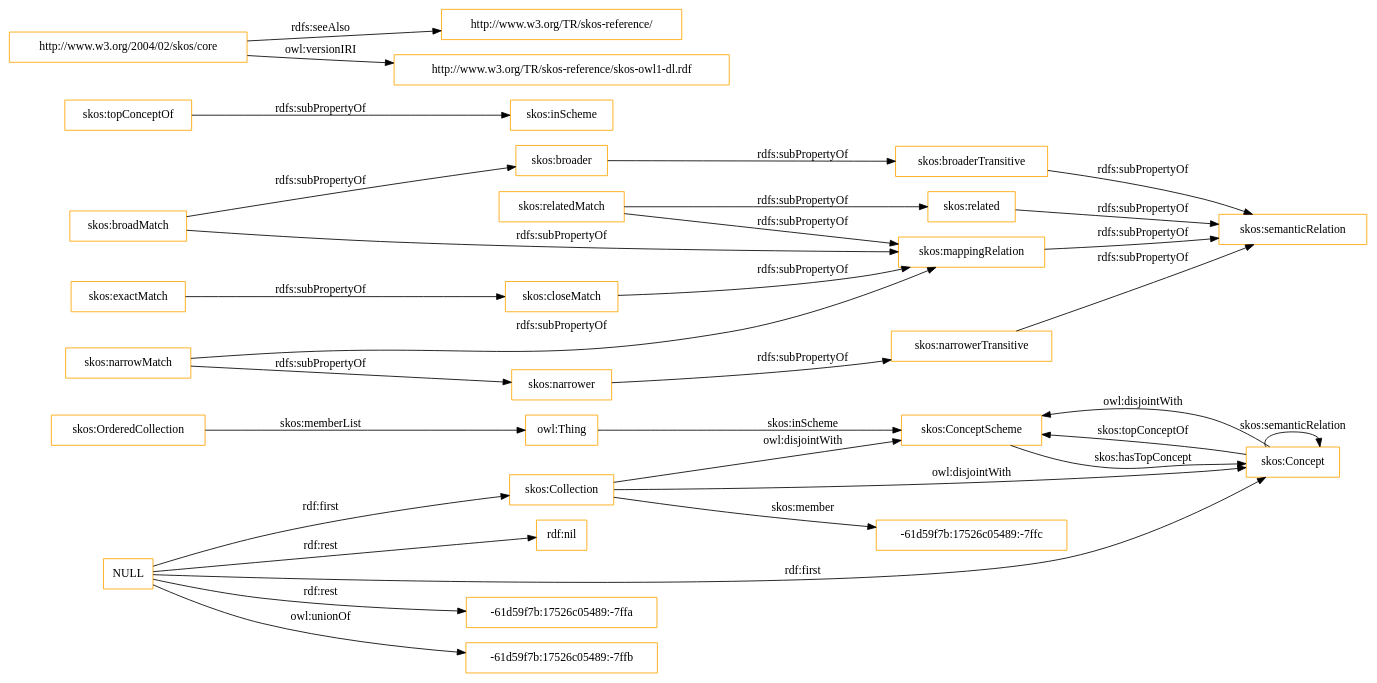
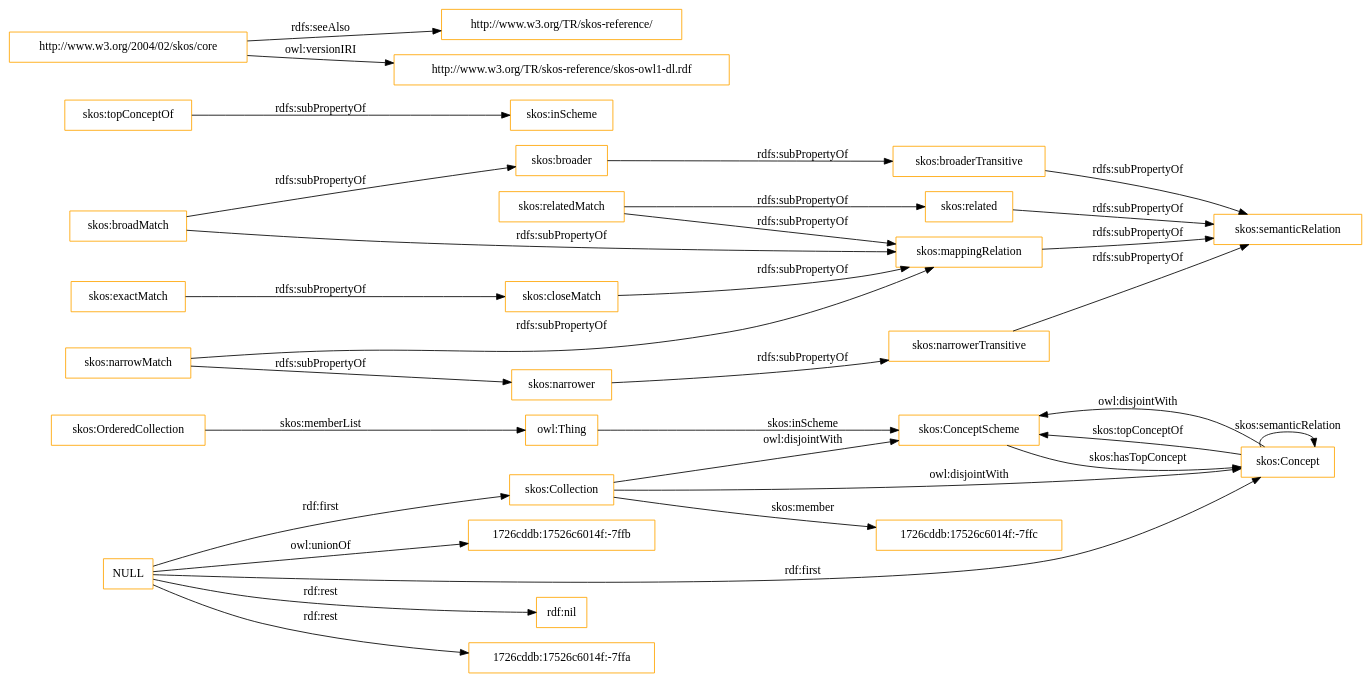
One commit to OnToologyUser/core-ontology-1 changed the diagram in OnToology/imports/skos.owl/diagrams/ar2dtool-class/skos.owl.png.dot. Above: the diagram before and after it, drawn with Graphviz. The commit also changed 14 other files, not shown here.

```diff
--- a/OnToology/imports/skos.owl/diagrams/ar2dtool-class/skos.owl.png.dot
+++ b/OnToology/imports/skos.owl/diagrams/ar2dtool-class/skos.owl.png.dot
@@ -1,37 +1,37 @@
 digraph ar2dtool_diagram { 
 rankdir=LR;
 size="1501"
-node [shape = rectangle, color="orange"]; "skos:OrderedCollection" "skos:ConceptScheme" "skos:Concept" "skos:Collection" "-61d59f7b:17526c05489:-7ffc" ; /*classes style*/
+node [shape = rectangle, color="orange"]; "skos:OrderedCollection" "skos:ConceptScheme" "skos:Concept" "skos:Collection" "1726cddb:17526c6014f:-7ffc" ; /*classes style*/
 	"skos:narrowerTransitive" -> "skos:semanticRelation" [ label = "rdfs:subPropertyOf" ];
-	"NULL" -> "-61d59f7b:17526c05489:-7ffa" [ label = "rdf:rest" ];
-	"NULL" -> "skos:Collection" [ label = "rdf:first" ];
-	"NULL" -> "-61d59f7b:17526c05489:-7ffb" [ label = "owl:unionOf" ];
 	"NULL" -> "rdf:nil" [ label = "rdf:rest" ];
 	"NULL" -> "skos:Concept" [ label = "rdf:first" ];
+	"NULL" -> "1726cddb:17526c6014f:-7ffa" [ label = "rdf:rest" ];
+	"NULL" -> "skos:Collection" [ label = "rdf:first" ];
+	"NULL" -> "1726cddb:17526c6014f:-7ffb" [ label = "owl:unionOf" ];
 	"skos:closeMatch" -> "skos:mappingRelation" [ label = "rdfs:subPropertyOf" ];
 	"skos:Concept" -> "skos:ConceptScheme" [ label = "owl:disjointWith" ];
 	"skos:relatedMatch" -> "skos:related" [ label = "rdfs:subPropertyOf" ];
 	"skos:relatedMatch" -> "skos:mappingRelation" [ label = "rdfs:subPropertyOf" ];
 	"skos:related" -> "skos:semanticRelation" [ label = "rdfs:subPropertyOf" ];
 	"skos:topConceptOf" -> "skos:inScheme" [ label = "rdfs:subPropertyOf" ];
 	"skos:broadMatch" -> "skos:mappingRelation" [ label = "rdfs:subPropertyOf" ];
 	"skos:broadMatch" -> "skos:broader" [ label = "rdfs:subPropertyOf" ];
 	"skos:exactMatch" -> "skos:closeMatch" [ label = "rdfs:subPropertyOf" ];
 	"skos:broaderTransitive" -> "skos:semanticRelation" [ label = "rdfs:subPropertyOf" ];
 	"skos:broader" -> "skos:broaderTransitive" [ label = "rdfs:subPropertyOf" ];
 	"skos:mappingRelation" -> "skos:semanticRelation" [ label = "rdfs:subPropertyOf" ];
 	"http://www.w3.org/2004/02/skos/core" -> "http://www.w3.org/TR/skos-reference/" [ label = "rdfs:seeAlso" ];
 	"http://www.w3.org/2004/02/skos/core" -> "http://www.w3.org/TR/skos-reference/skos-owl1-dl.rdf" [ label = "owl:versionIRI" ];
 	"skos:Collection" -> "skos:ConceptScheme" [ label = "owl:disjointWith" ];
 	"skos:Collection" -> "skos:Concept" [ label = "owl:disjointWith" ];
 	"skos:narrower" -> "skos:narrowerTransitive" [ label = "rdfs:subPropertyOf" ];
 	"skos:narrowMatch" -> "skos:narrower" [ label = "rdfs:subPropertyOf" ];
 	"skos:narrowMatch" -> "skos:mappingRelation" [ label = "rdfs:subPropertyOf" ];
 	"skos:OrderedCollection" -> "owl:Thing" [ label = "skos:memberList" ];
 	"skos:Concept" -> "skos:ConceptScheme" [ label = "skos:topConceptOf" ];
 	"skos:Concept" -> "skos:Concept" [ label = "skos:semanticRelation" ];
-	"skos:Collection" -> "-61d59f7b:17526c05489:-7ffc" [ label = "skos:member" ];
+	"skos:Collection" -> "1726cddb:17526c6014f:-7ffc" [ label = "skos:member" ];
 	"skos:ConceptScheme" -> "skos:Concept" [ label = "skos:hasTopConcept" ];
 	"owl:Thing" -> "skos:ConceptScheme" [ label = "skos:inScheme" ];
 
 }
```
